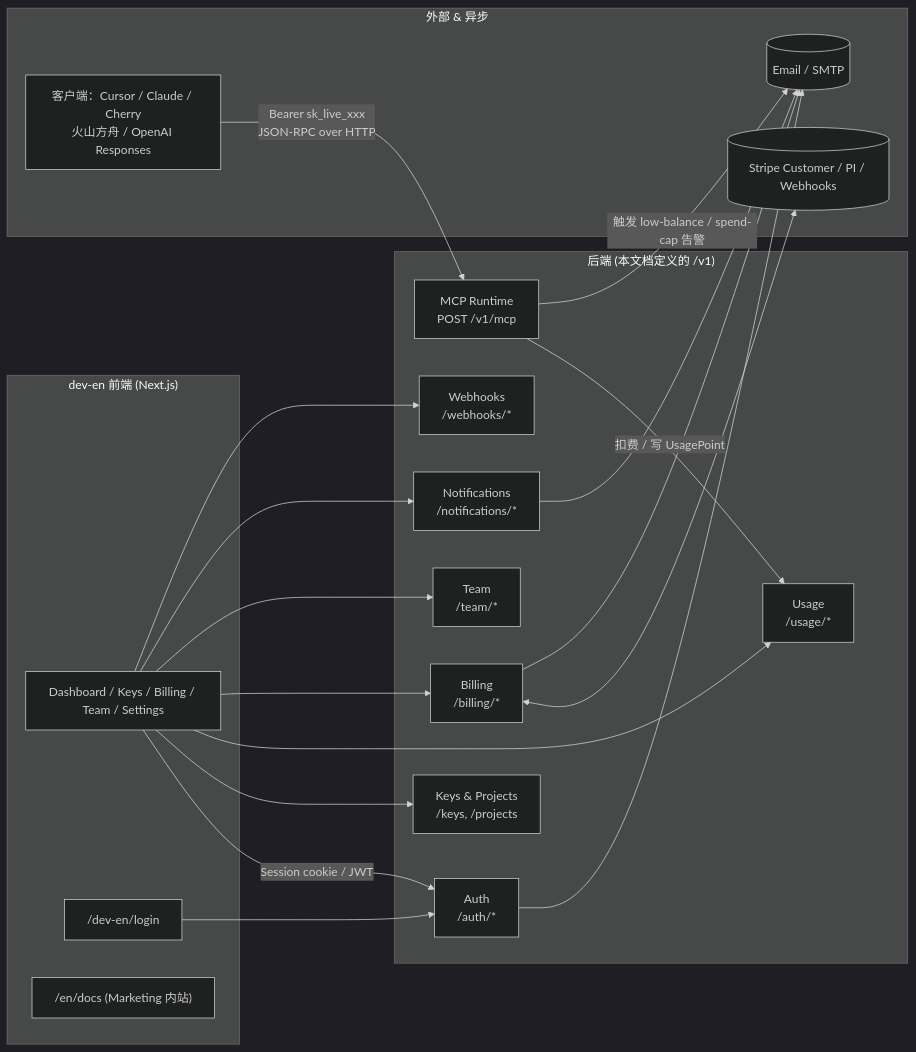
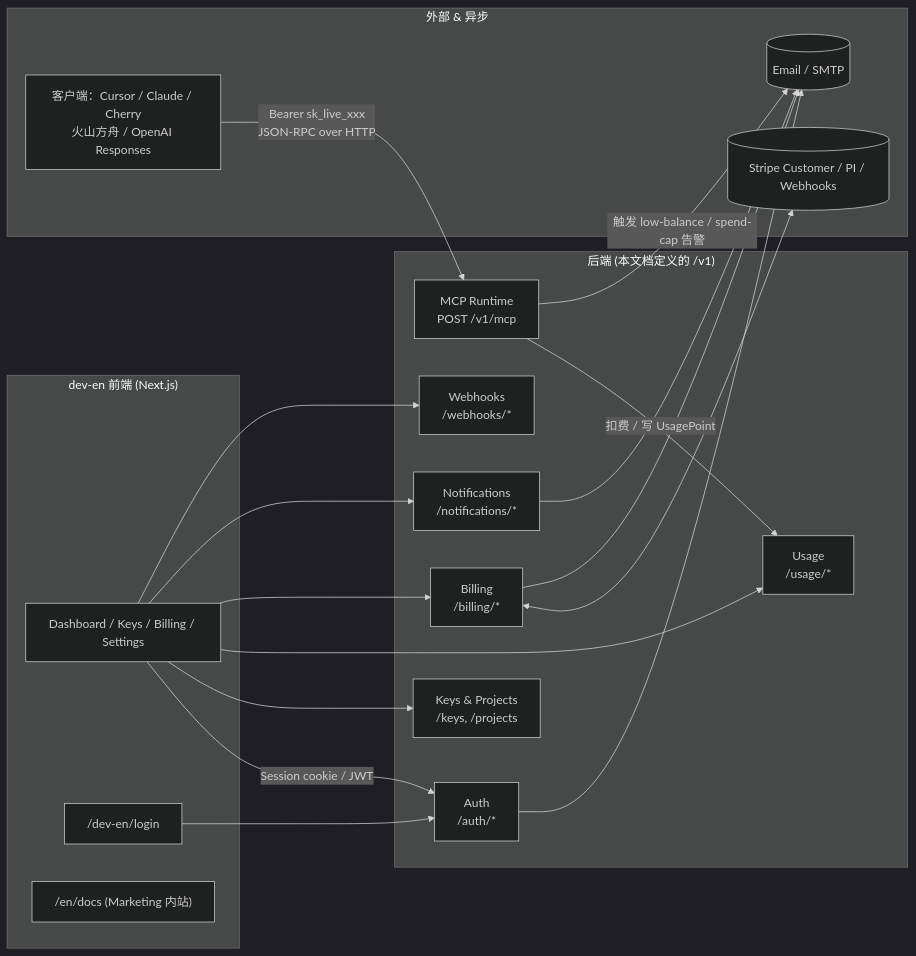
One commit to boyzhong123/mcp22 changed the first of 7 diagrams in docs/dev-en-api-spec.md. Above: the diagram before and after it, drawn with Mermaid (dark theme). The commit also changed other lines of this file and 83 other files, not shown here.

Commit message:
Release v1.2.1: dev-en billing/keys docs + UI updates.

````diff
--- a/docs/dev-en-api-spec.md
+++ b/docs/dev-en-api-spec.md
@@ -19,43 +19,41 @@
 ```mermaid
 flowchart LR
   subgraph CLIENT["dev-en 前端 (Next.js)"]
-    UI["Dashboard / Keys / Billing / Team / Settings"]
+    UI["Dashboard / Keys / Billing / Settings"]
     LOGIN["/dev-en/login"]
     DOCS["/en/docs (Marketing 内站)"]
   end
 
   subgraph BACKEND["后端 (本文档定义的 /v1)"]
     AUTH["Auth<br/>/auth/*"]
     KEYS["Keys & Projects<br/>/keys, /projects"]
     USAGE["Usage<br/>/usage/*"]
     BILL["Billing<br/>/billing/*"]
-    TEAM["Team<br/>/team/*"]
     NOTIF["Notifications<br/>/notifications/*"]
     HOOKS["Webhooks<br/>/webhooks/*"]
     MCP["MCP Runtime<br/>POST /v1/mcp"]
   end
 
   subgraph EXT["外部 & 异步"]
     STRIPE[(Stripe Customer / PI / Webhooks)]
     MAIL[(Email / SMTP)]
     AGENT["客户端：Cursor / Claude / Cherry<br/>火山方舟 / OpenAI Responses"]
   end
 
   UI -->|Session cookie / JWT| AUTH
   UI --> KEYS
   UI --> USAGE
   UI --> BILL
-  UI --> TEAM
   UI --> NOTIF
   UI --> HOOKS
   LOGIN --> AUTH
 
   BILL <--> STRIPE
   AUTH --> MAIL
   BILL --> MAIL
   NOTIF --> MAIL
 
   AGENT -->|Bearer sk_live_xxx<br/>JSON-RPC over HTTP| MCP
   MCP -->|扣费 / 写 UsagePoint| USAGE
   MCP -->|触发 low-balance / spend-cap 告警| MAIL
 ```
````
